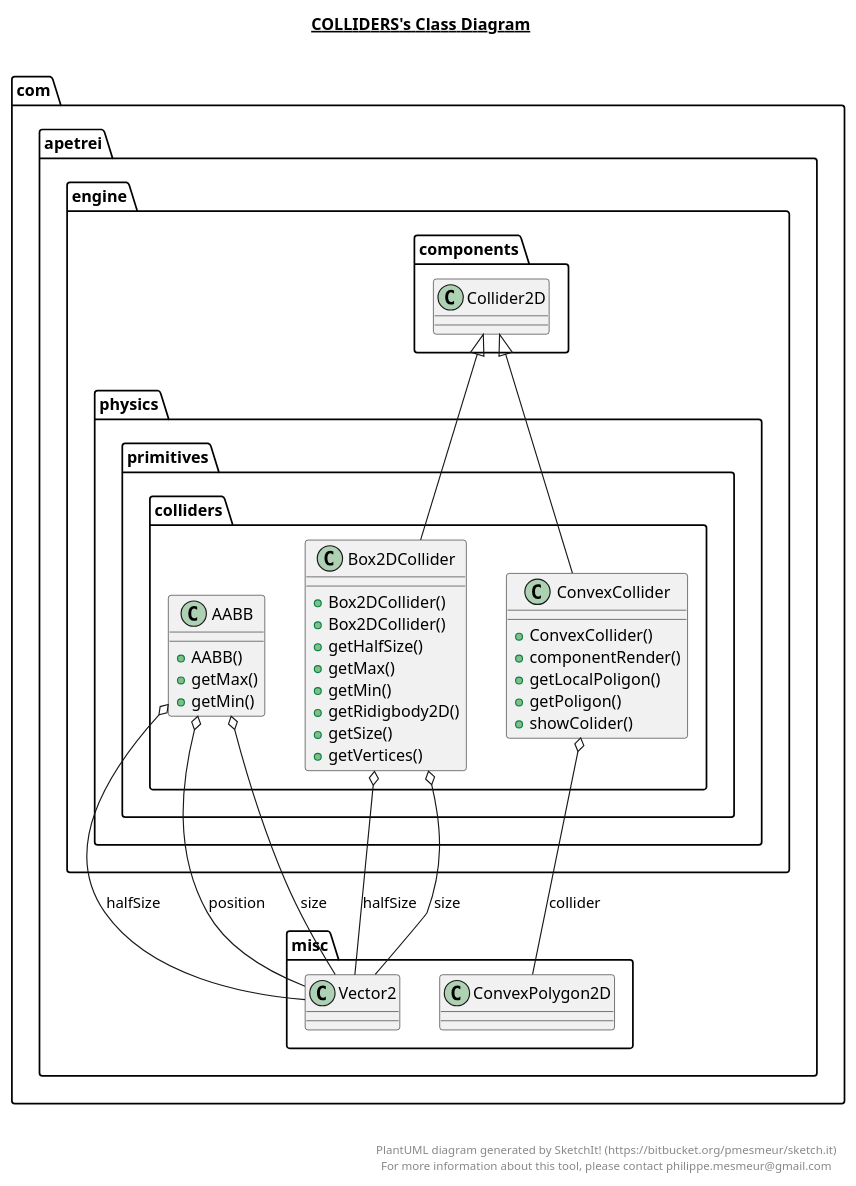
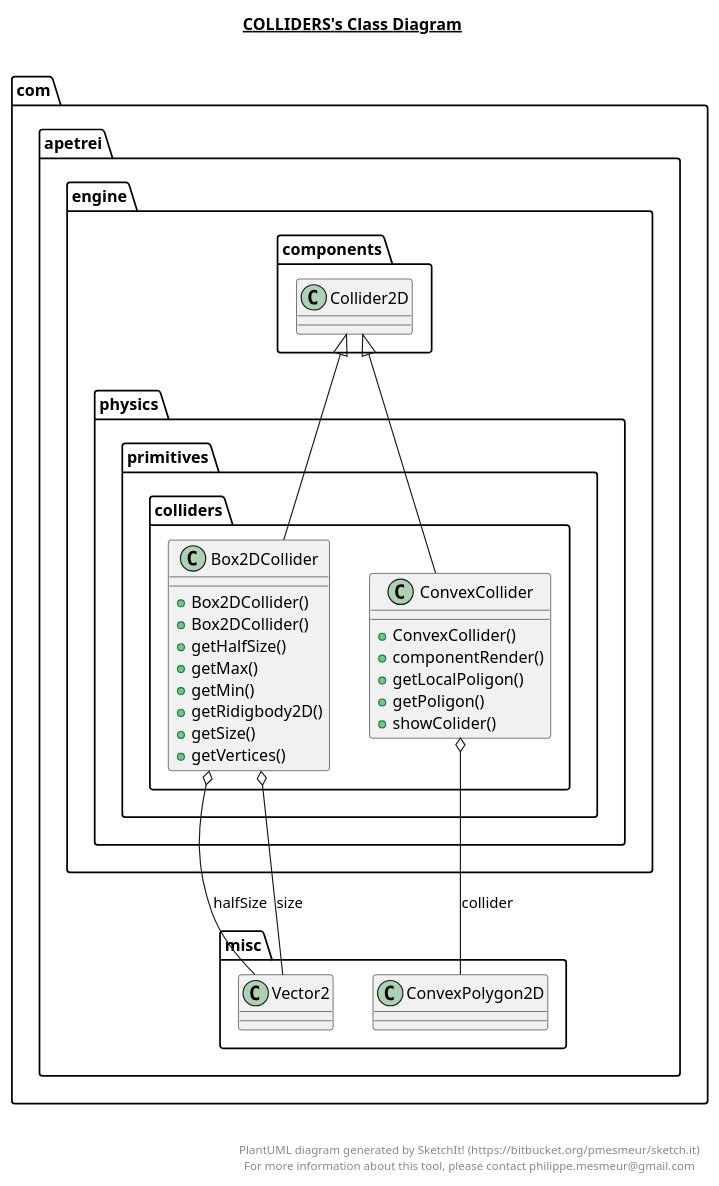
One commit to TheWiseWolfy/Wild-Sky changed the diagram in src/com/apetrei/engine/physics/primitives/colliders/colliders.plantuml. Above: the diagram before and after it, drawn with PlantUML. The commit also changed 61 other files, not shown here.

```diff
--- a/src/com/apetrei/engine/physics/primitives/colliders/colliders.plantuml
+++ b/src/com/apetrei/engine/physics/primitives/colliders/colliders.plantuml
@@ -1,74 +1,56 @@
 @startuml
 
 title __COLLIDERS's Class Diagram__\n
-
-  namespace com.apetrei.engine {
-    namespace physics {
-      namespace primitives {
-        namespace colliders {
-          class com.apetrei.engine.physics.primitives.colliders.AABB {
-              + AABB()
-              + getMax()
-              + getMin()
-          }
-        }
-      }
-    }
-  }
-  
 
   namespace com.apetrei.engine {
     namespace physics {
       namespace primitives {
         namespace colliders {
           class com.apetrei.engine.physics.primitives.colliders.Box2DCollider {
               + Box2DCollider()
               + Box2DCollider()
               + getHalfSize()
               + getMax()
               + getMin()
               + getRidigbody2D()
               + getSize()
               + getVertices()
           }
         }
       }
     }
   }
   
 
   namespace com.apetrei.engine {
     namespace physics {
       namespace primitives {
         namespace colliders {
           class com.apetrei.engine.physics.primitives.colliders.ConvexCollider {
               + ConvexCollider()
               + componentRender()
               + getLocalPoligon()
               + getPoligon()
               + showColider()
           }
         }
       }
     }
   }
   
 
-  com.apetrei.engine.physics.primitives.colliders.AABB o-- com.apetrei.misc.Vector2 : halfSize
-  com.apetrei.engine.physics.primitives.colliders.AABB o-- com.apetrei.misc.Vector2 : position
-  com.apetrei.engine.physics.primitives.colliders.AABB o-- com.apetrei.misc.Vector2 : size
   com.apetrei.engine.physics.primitives.colliders.Box2DCollider -up-|> com.apetrei.engine.components.Collider2D
   com.apetrei.engine.physics.primitives.colliders.Box2DCollider o-- com.apetrei.misc.Vector2 : halfSize
   com.apetrei.engine.physics.primitives.colliders.Box2DCollider o-- com.apetrei.misc.Vector2 : size
   com.apetrei.engine.physics.primitives.colliders.ConvexCollider -up-|> com.apetrei.engine.components.Collider2D
   com.apetrei.engine.physics.primitives.colliders.ConvexCollider o-- com.apetrei.misc.ConvexPolygon2D : collider
 
 
 right footer
 
 
 PlantUML diagram generated by SketchIt! (https://bitbucket.org/pmesmeur/sketch.it)
 For more information about this tool, please contact philippe.mesmeur@gmail.com
 endfooter
 
 @enduml
```
